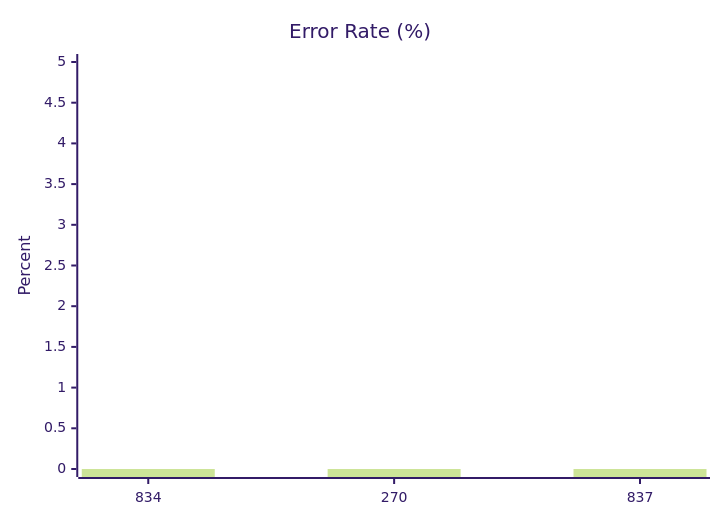
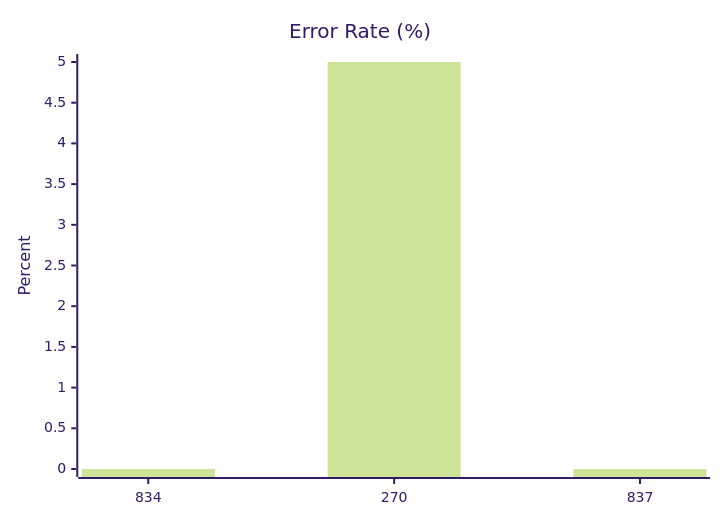
The fourth of 10 diagrams in test-tools/DataGen/src/Statistics_Visualizer.md (dhagan-va/intern-2025), drawn with Mermaid (forest theme) before and after one commit. The commit also changed other lines of this file and 12 other files, not shown here.

````diff
--- a/test-tools/DataGen/src/Statistics_Visualizer.md
+++ b/test-tools/DataGen/src/Statistics_Visualizer.md
@@ -48,7 +48,7 @@
 ```mermaid
 xychart-beta
     title "Error Rate (%)"
     x-axis ["834", "270", "837"]
     y-axis "Percent" 0 --> 5
-    bar [0, 0, 0]
+    bar [0, 5.0, 0]
 ```
````
